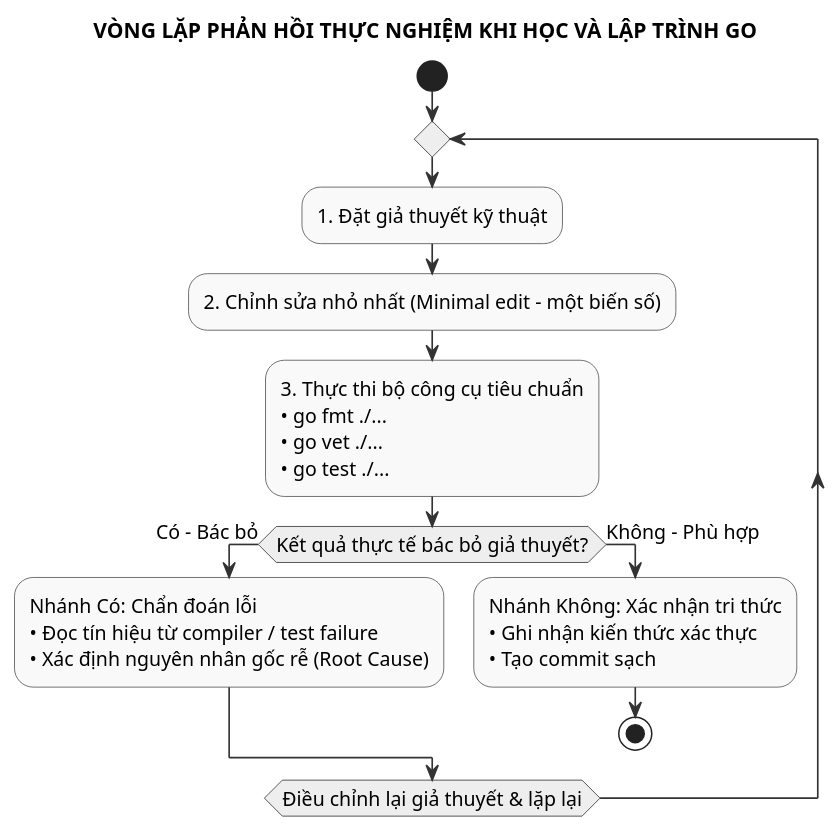
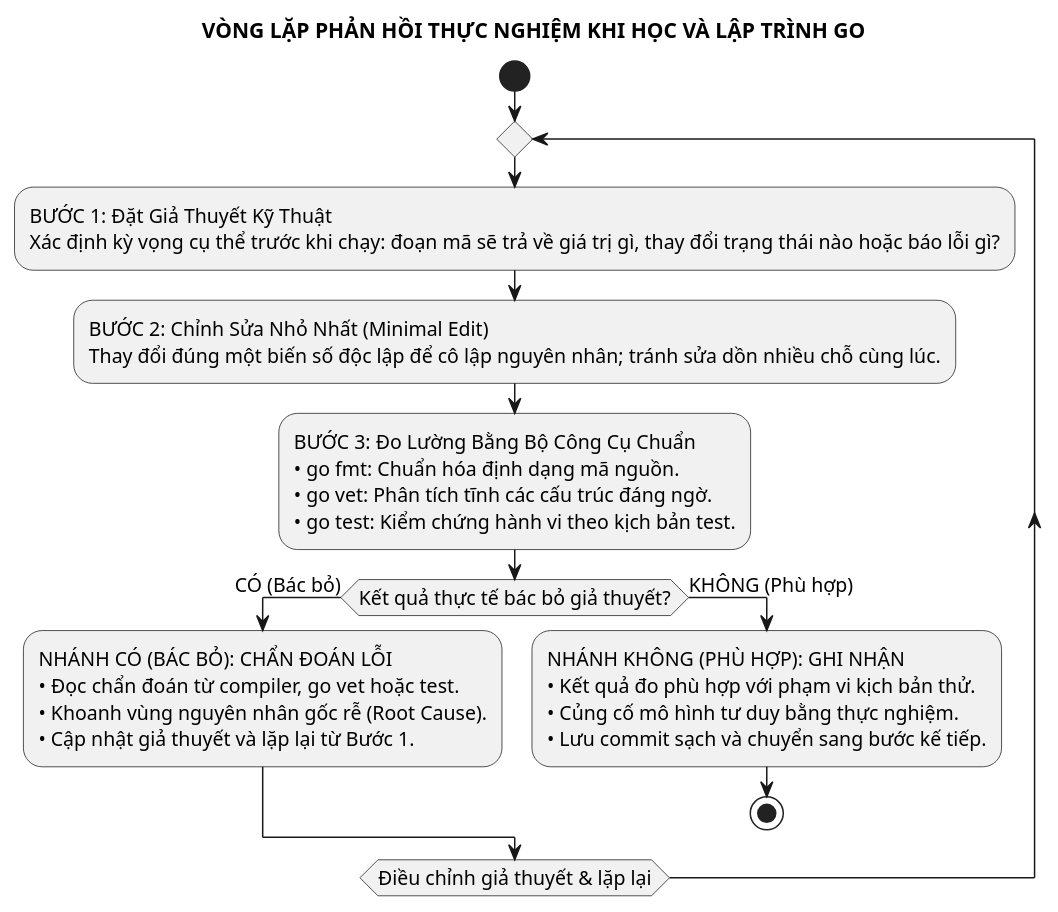
One commit to Minhlike/Golang changed the diagram in assets/diagrams/feedback-loop.puml. Above: the diagram before and after it, drawn with PlantUML. The commit also changed 13 other files, not shown here.

Commit message:
fix(diagrams): repair visual collisions in Figures 1-6 and enforce Matplotlib glyph bbox/border audit

```diff
--- a/assets/diagrams/feedback-loop.puml
+++ b/assets/diagrams/feedback-loop.puml
@@ -1,34 +1,23 @@
 @startuml
+' AUTHORITATIVE SOURCE OF TRUTH: scripts/render_figures_1_6.py
+' Auto-synchronized from the canonical specification in scripts/render_figures_1_6.py.
 skinparam backgroundColor white
 skinparam shadowing false
 skinparam defaultFontName "Source Sans 3"
 skinparam defaultFontSize 13
 skinparam defaultFontColor #000000
-
-skinparam activity {
-  BackgroundColor #F9F9F9
-  BorderColor #444444
-  FontColor #000000
-  DiamondBackgroundColor #EEEEEE
-  DiamondBorderColor #222222
-  RoundCorner 4
-}
-
-skinparam arrowColor #333333
-skinparam ArrowThickness 1.1
-
 title VÒNG LẶP PHẢN HỒI THỰC NGHIỆM KHI HỌC VÀ LẬP TRÌNH GO
 
 start
 repeat
-  :1. Đặt giả thuyết kỹ thuật;
-  :2. Chỉnh sửa nhỏ nhất (Minimal edit - một biến số);
-  :3. Thực thi bộ công cụ tiêu chuẩn\n• go fmt ./...\n• go vet ./...\n• go test ./...;
-  if (Kết quả thực tế bác bỏ giả thuyết?) then (Có - Bác bỏ)
-    :Nhánh Có: Chẩn đoán lỗi\n• Đọc tín hiệu từ compiler / test failure\n• Xác định nguyên nhân gốc rễ (Root Cause);
-  else (Không - Phù hợp)
-    :Nhánh Không: Xác nhận tri thức\n• Ghi nhận kiến thức xác thực\n• Tạo commit sạch;
+  :BƯỚC 1: Đặt Giả Thuyết Kỹ Thuật\nXác định kỳ vọng cụ thể trước khi chạy: đoạn mã sẽ trả về giá trị gì, thay đổi trạng thái nào hoặc báo lỗi gì?;
+  :BƯỚC 2: Chỉnh Sửa Nhỏ Nhất (Minimal Edit)\nThay đổi đúng một biến số độc lập để cô lập nguyên nhân; tránh sửa dồn nhiều chỗ cùng lúc.;
+  :BƯỚC 3: Đo Lường Bằng Bộ Công Cụ Chuẩn\n• go fmt: Chuẩn hóa định dạng mã nguồn.\n• go vet: Phân tích tĩnh các cấu trúc đáng ngờ.\n• go test: Kiểm chứng hành vi theo kịch bản test.;
+  if (Kết quả thực tế bác bỏ giả thuyết?) then (CÓ (Bác bỏ))
+    :NHÁNH CÓ (BÁC BỎ): CHẨN ĐOÁN LỖI\n• Đọc chẩn đoán từ compiler, go vet hoặc test.\n• Khoanh vùng nguyên nhân gốc rễ (Root Cause).\n• Cập nhật giả thuyết và lặp lại từ Bước 1.;
+  else (KHÔNG (Phù hợp))
+    :NHÁNH KHÔNG (PHÙ HỢP): GHI NHẬN\n• Kết quả đo phù hợp với phạm vi kịch bản thử.\n• Củng cố mô hình tư duy bằng thực nghiệm.\n• Lưu commit sạch và chuyển sang bước kế tiếp.;
     stop
   endif
-repeat while (Điều chỉnh lại giả thuyết & lặp lại)
+repeat while (Điều chỉnh giả thuyết & lặp lại)
 @enduml
```
